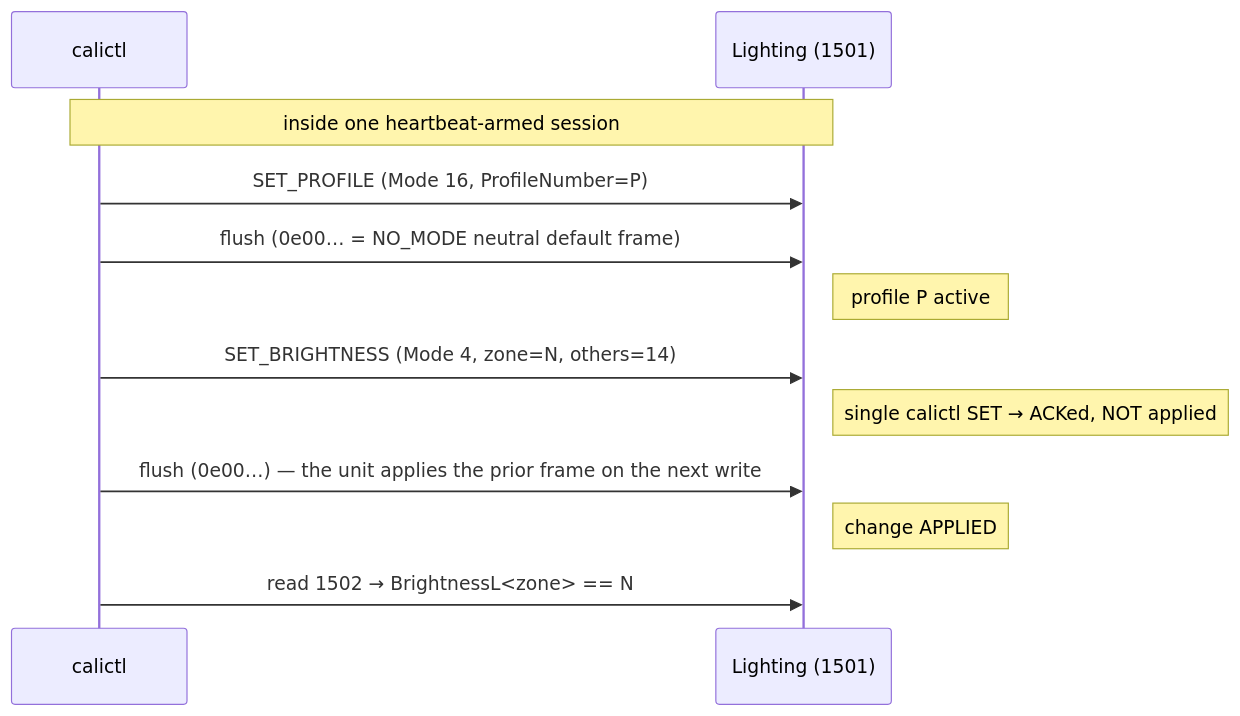
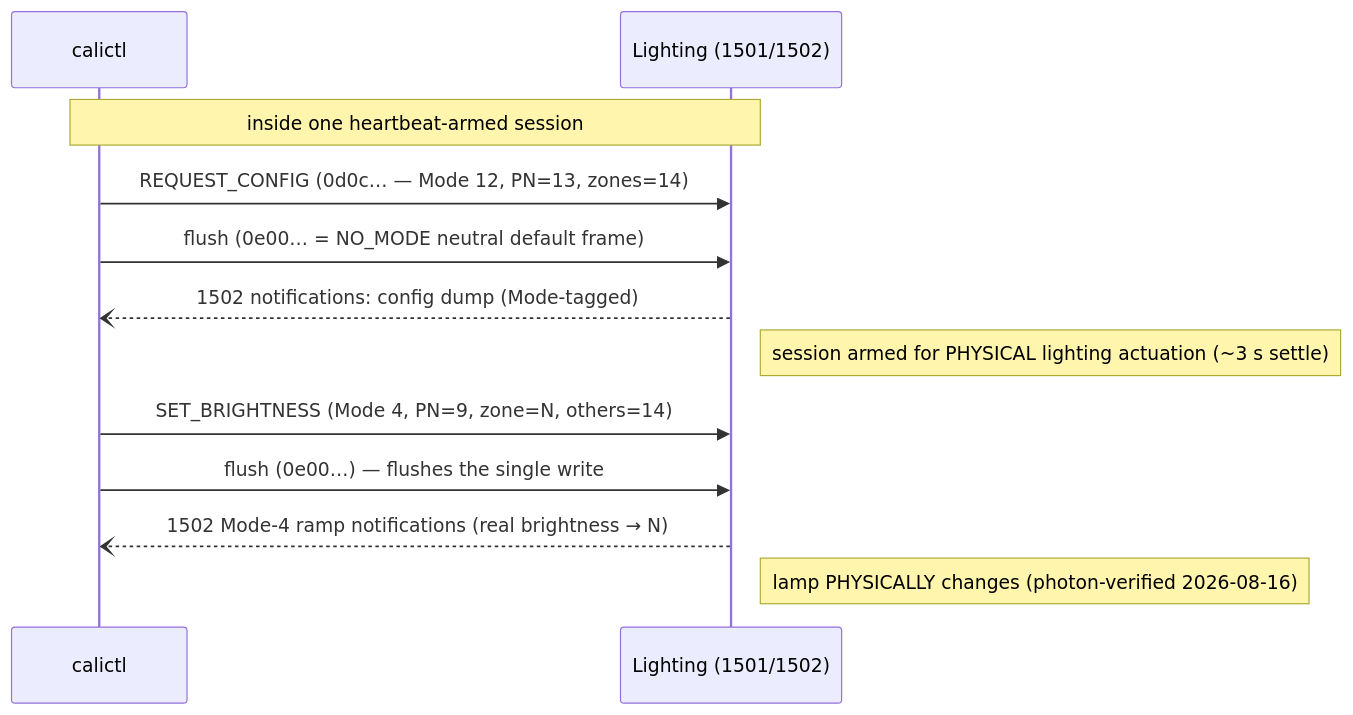
One commit to ckeller42/open-california changed the fourth of 8 diagrams in docs/sphinx/protocol-sequences.rst. Above: the diagram before and after it, drawn with Mermaid. The commit also changed other lines of this file and 20 other files, not shown here.

First line of the commit message:
review fixes: honest lighting applied-ness, waste stale UI, enum edges + full doc-sync (#64)

```diff
--- a/docs/sphinx/protocol-sequences.rst
+++ b/docs/sphinx/protocol-sequences.rst
@@ -129,14 +142,14 @@
 .. mermaid::
 
     sequenceDiagram
         participant C as calictl
-        participant U as Lighting (1501)
+        participant U as Lighting (1501/1502)
         Note over C,U: inside one heartbeat-armed session
-        C->>U: SET_PROFILE (Mode 16, ProfileNumber=P)
+        C->>U: REQUEST_CONFIG (0d0c… — Mode 12, PN=13, zones=14)
         C->>U: flush (0e00… = NO_MODE neutral default frame)
-        Note right of U: profile P active
-        C->>U: SET_BRIGHTNESS (Mode 4, zone=N, others=14)
-        Note right of U: single calictl SET → ACKed, NOT applied
-        C->>U: flush (0e00…) — the unit applies the prior frame on the next write
-        Note right of U: change APPLIED
-        C->>U: read 1502 → BrightnessL<zone> == N
+        U--)C: 1502 notifications: config dump (Mode-tagged)
+        Note right of U: session armed for PHYSICAL lighting actuation (~3 s settle)
+        C->>U: SET_BRIGHTNESS (Mode 4, PN=9, zone=N, others=14)
+        C->>U: flush (0e00…) — flushes the single write
+        U--)C: 1502 Mode-4 ramp notifications (real brightness → N)
+        Note right of U: lamp PHYSICALLY changes (photon-verified 2026-08-16)
```
